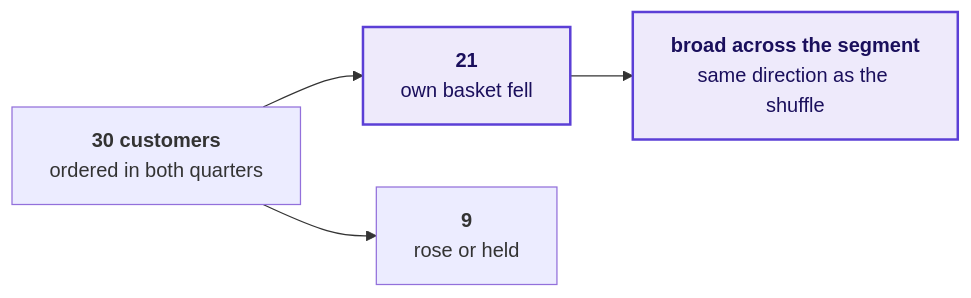
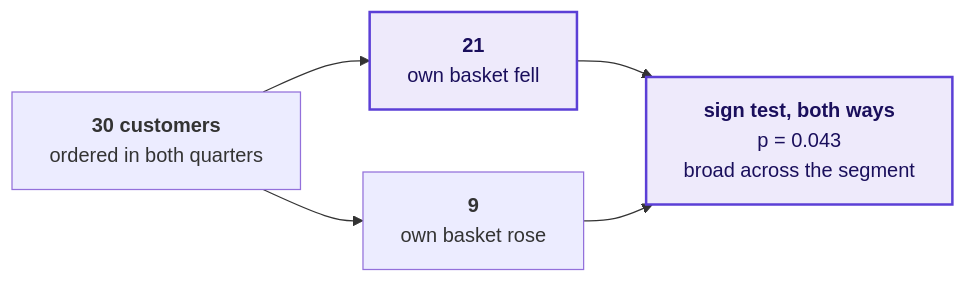
Before and after one commit to fde-academy-lab/c2-content-factory: the ninth of 9 diagrams in content/W01/D5/slides/C2_W01_D05_debrief_STUDENT.md, drawn with Mermaid. The commit also changed other lines of this file and 1 other file, not shown here.

First line of the commit message:
W01 D5: debrief deck shows every trap's mechanism on the invented export, labelled invented, and names no planted value; the lead tested on each customer's own two quarters, D29 states keep each customer's own two quarters together, option D run, terms explained, and each half sums to 20 minutes

````diff
--- a/content/W01/D5/slides/C2_W01_D05_debrief_STUDENT.md
+++ b/content/W01/D5/slides/C2_W01_D05_debrief_STUDENT.md
@@ -561,8 +586,9 @@
 ```mermaid
 flowchart LR
     A["<b>30 customers</b><br/>ordered in both quarters"] --> F["<b>21</b><br/>own basket fell"]
-    A --> O["<b>9</b><br/>rose or held"]
-    F --> V["<b>broad across the segment</b><br/>same direction as the shuffle"]
+    A --> O["<b>9</b><br/>own basket rose"]
+    F --> V["<b>sign test, both ways</b><br/>p = 0.043<br/>broad across the segment"]
+    O --> V
     classDef known fill:#EEEAFB,stroke:#5B3FD6,color:#1A0F5C,stroke-width:2px
     class F,V known
 ```
````
